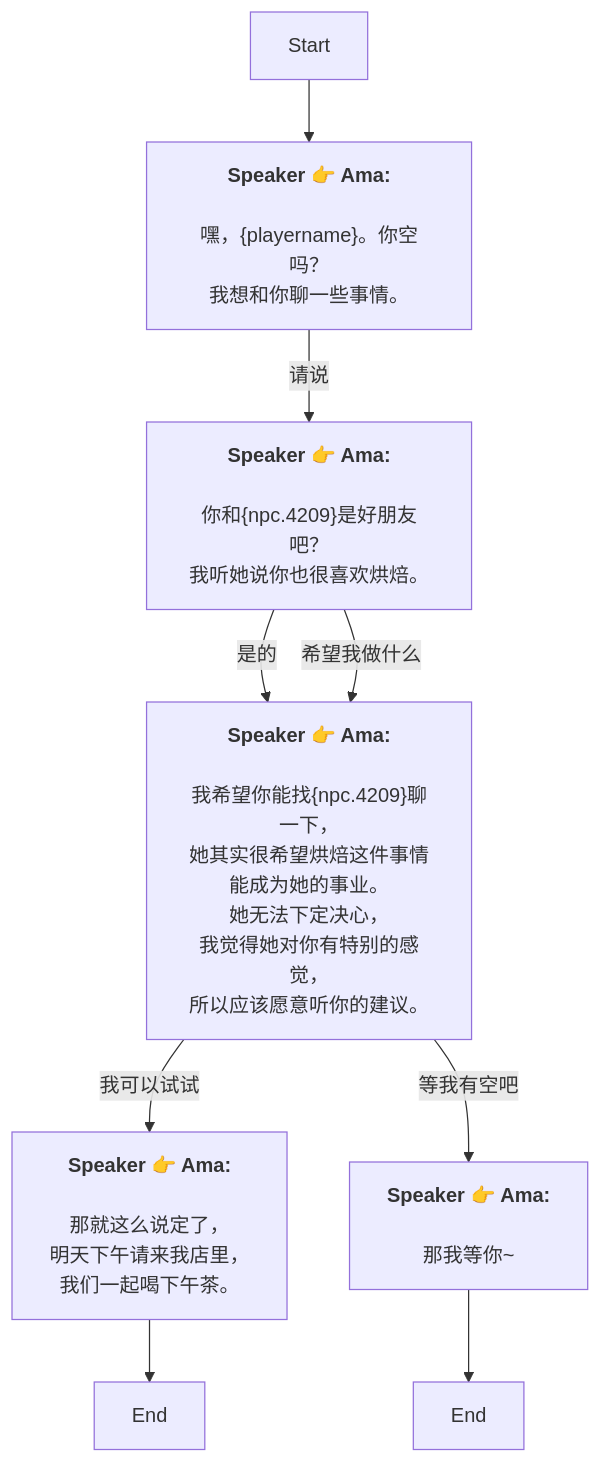
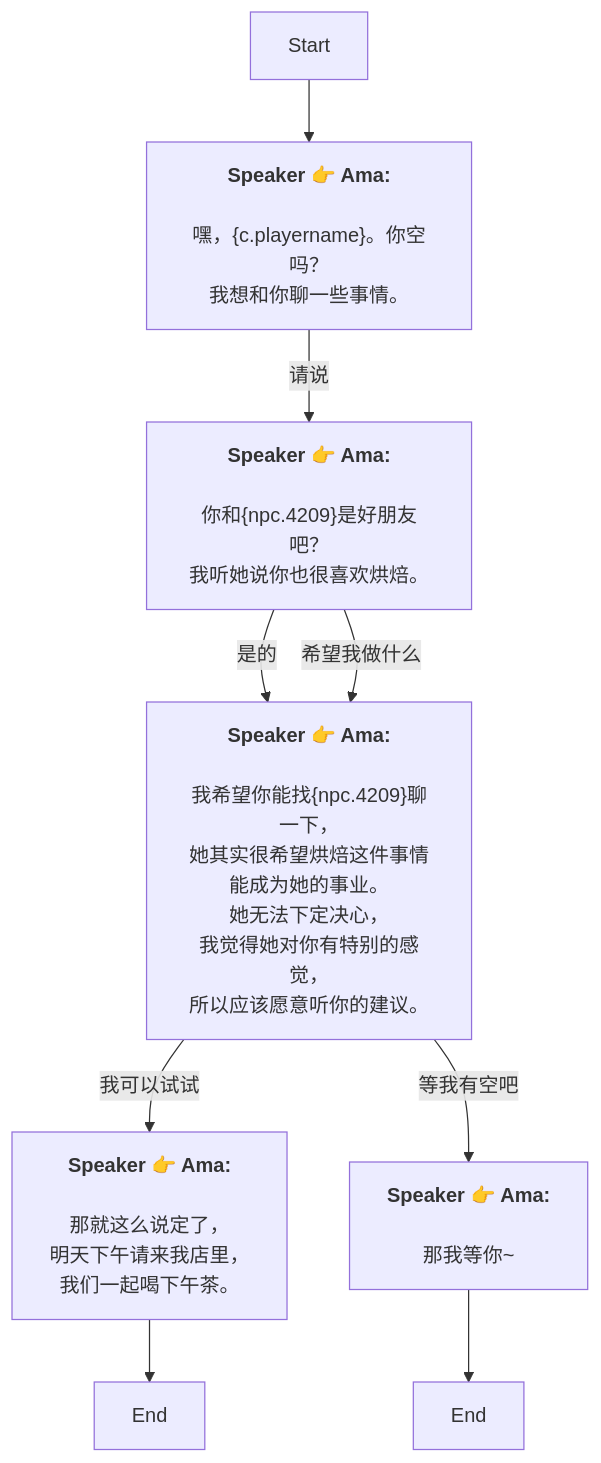
Before and after one commit to SoftHu/tos_avg: the diagram in Zh/QuestStartTalkENode_1754299649006153.md, drawn with Mermaid. The commit also changed 410 other files, not shown here.

````diff
--- a/Zh/QuestStartTalkENode_1754299649006153.md
+++ b/Zh/QuestStartTalkENode_1754299649006153.md
@@ -1,28 +1,28 @@
 ```mermaid
 graph
 Start -->1754300389577294[<b>Speaker 👉 Ama:</b>
-\n嘿，&lbrace;playername&rbrace;。你空吗？
+\n嘿，&lbrace;c.playername&rbrace;。你空吗？
 我想和你聊一些事情。]
 1754300389577294 -->|请说|1754300443254355[<b>Speaker 👉 Ama:</b>
 \n你和&lbrace;npc.4209&rbrace;是好朋友吧？
 我听她说你也很喜欢烘焙。]
 1754300443254355 -->|是的|1754300489287257[<b>Speaker 👉 Ama:</b>
 \n我希望你能找&lbrace;npc.4209&rbrace;聊一下，
 她其实很希望烘焙这件事情能成为她的事业。\n她无法下定决心，
 我觉得她对你有特别的感觉，
 所以应该愿意听你的建议。]
 1754300443254355 -->|希望我做什么|1754300489287257[<b>Speaker 👉 Ama:</b>
 \n我希望你能找&lbrace;npc.4209&rbrace;聊一下，
 她其实很希望烘焙这件事情能成为她的事业。\n她无法下定决心，
 我觉得她对你有特别的感觉，
 所以应该愿意听你的建议。]
 1754300489287257 -->|我可以试试|1754300932487777[<b>Speaker 👉 Ama:</b>
 \n那就这么说定了，
 明天下午请来我店里，
 我们一起喝下午茶。]
 1754300489287257 -->|等我有空吧|1754300946867810[<b>Speaker 👉 Ama:</b>
 \n那我等你~]
 1754300932487777 -->1754300921031264[End]
 1754300946867810 -->1754300914270815[End]
 
 ```
````
